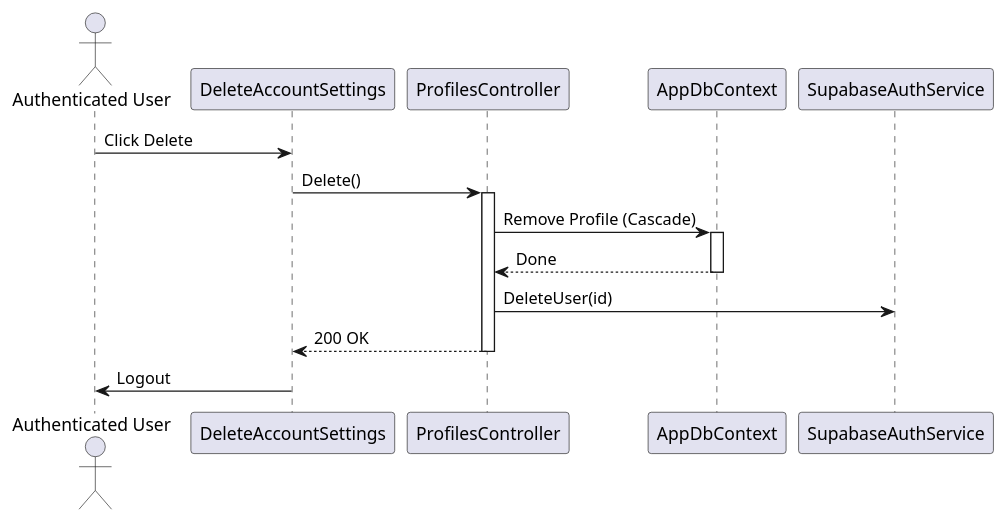
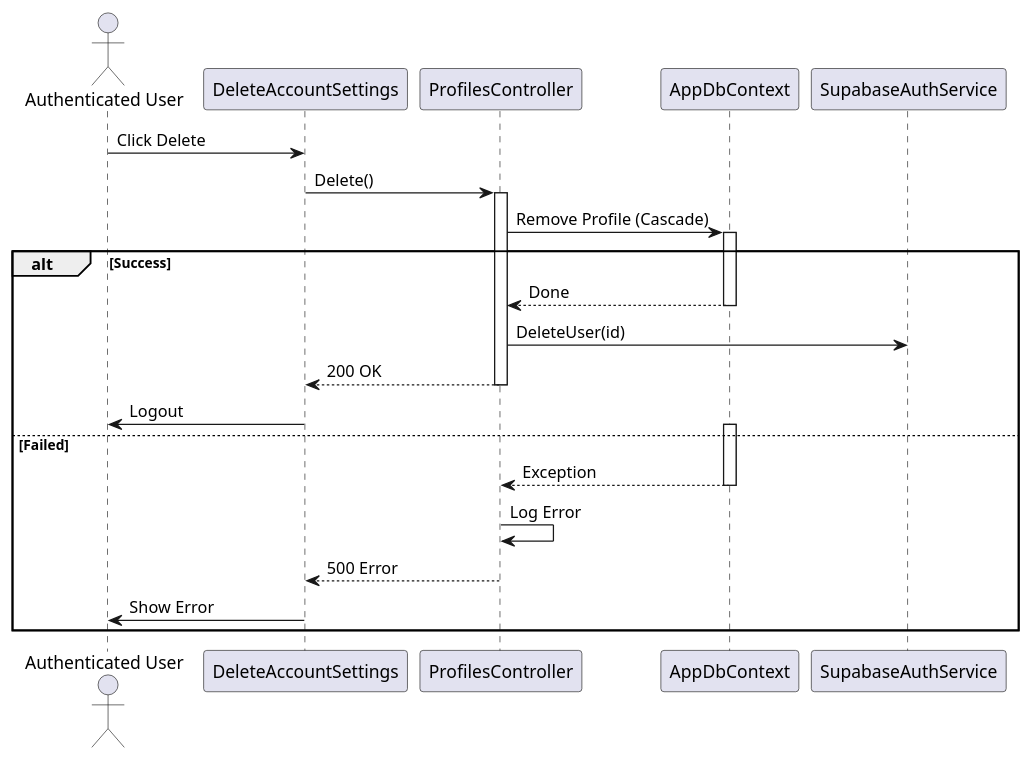
One commit to I-Love-U-3000/Favi-BE changed the sixth of 6 diagrams in UC_2.1.9_Adjust_User_Settings.md. Above: the diagram before and after it, drawn with PlantUML. The commit also changed other lines of this file and 4 other files, not shown here.

````diff
--- a/UC_2.1.9_Adjust_User_Settings.md
+++ b/UC_2.1.9_Adjust_User_Settings.md
@@ -210,21 +235,31 @@
 ```plantuml
 @startuml
 actor "Authenticated User" as User
 participant "DeleteAccountSettings" as View
 participant "ProfilesController" as Controller
 participant "AppDbContext" as DB
 participant "SupabaseAuthService" as Auth
 
 User -> View: Click Delete
 View -> Controller: Delete()
 activate Controller
 Controller -> DB: Remove Profile (Cascade)
 activate DB
-DB --> Controller: Done
-deactivate DB
-Controller -> Auth: DeleteUser(id)
-Controller --> View: 200 OK
-deactivate Controller
-View -> User: Logout
+alt Success
+    DB --> Controller: Done
+    deactivate DB
+    Controller -> Auth: DeleteUser(id)
+    Controller --> View: 200 OK
+    deactivate Controller
+    View -> User: Logout
+else Failed
+    activate DB
+    DB --> Controller: Exception
+    deactivate DB
+    Controller -> Controller: Log Error
+    Controller --> View: 500 Error
+    deactivate Controller
+    View -> User: Show Error
+end
 @enduml
 ```
````
